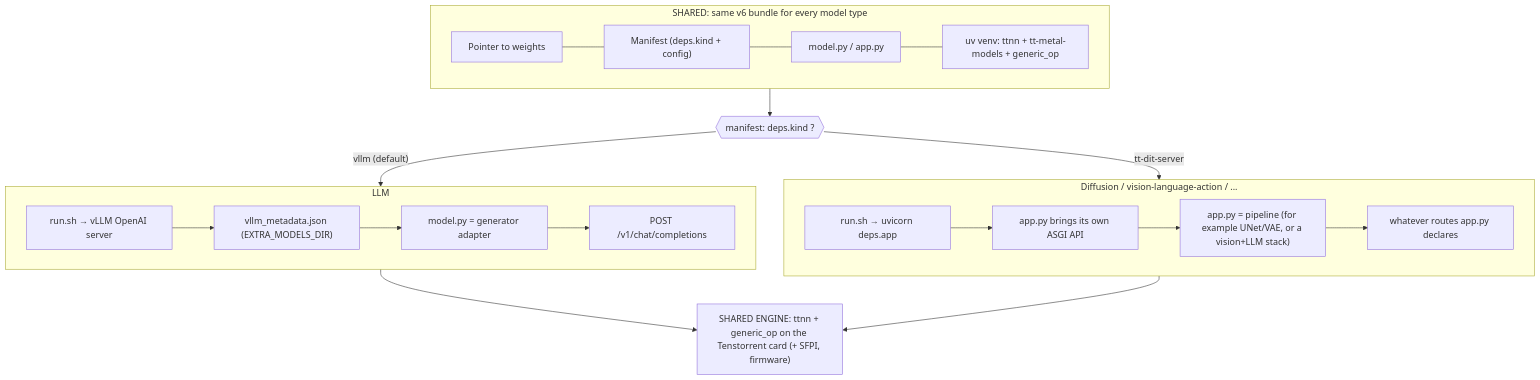
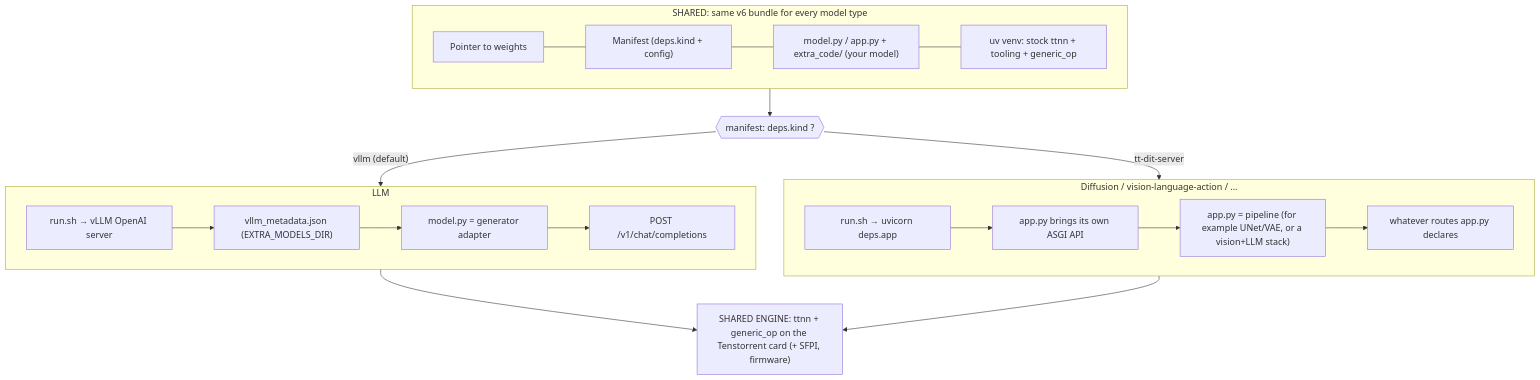
Before and after one commit to nyoshifujiTT/tt-model-manager: the diagram in docs/thin_packages.md, drawn with Mermaid. The commit also changed other lines of this file and 7 other files, not shown here.

````diff
--- a/docs/thin_packages.md
+++ b/docs/thin_packages.md
@@ -134,17 +156,17 @@
 ```mermaid
 flowchart TB
   subgraph shared1["SHARED: same v6 bundle for every model type"]
-    w["Pointer to weights"] --- man["Manifest (deps.kind + config)"] --- mp["model.py / app.py"] --- venv["uv venv: ttnn + tt-metal-models + generic_op"]
+    w["Pointer to weights"] --- man["Manifest (deps.kind + config)"] --- mp["model.py / app.py + extra_code/ (your model)"] --- venv["uv venv: stock ttnn + tooling + generic_op"]
   end
   shared1 --> fork{{"manifest: deps.kind ?"}}
   fork -->|"vllm  (default)"| llm
   fork -->|"tt-dit-server"| other
   subgraph llm["LLM"]
     l1["run.sh → vLLM OpenAI server"] --> l2["vllm_metadata.json (EXTRA_MODELS_DIR)"] --> l3["model.py = generator adapter"] --> l4["POST /v1/chat/completions"]
   end
   subgraph other["Diffusion / vision-language-action / ..."]
     o1["run.sh → uvicorn deps.app"] --> o2["app.py brings its own ASGI API"] --> o3["app.py = pipeline (for example UNet/VAE, or a vision+LLM stack)"] --> o4["whatever routes app.py declares"]
   end
   llm --> eng["SHARED ENGINE: ttnn + generic_op on the Tenstorrent card (+ SFPI, firmware)"]
   other --> eng
 ```
````
